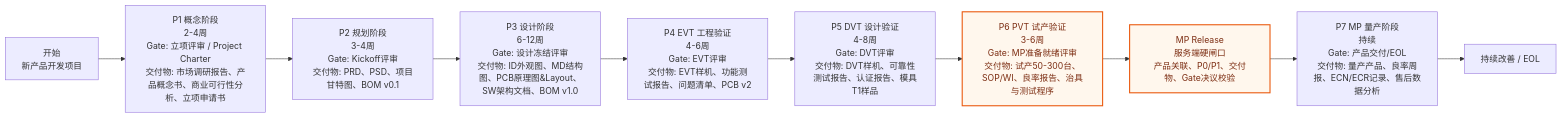
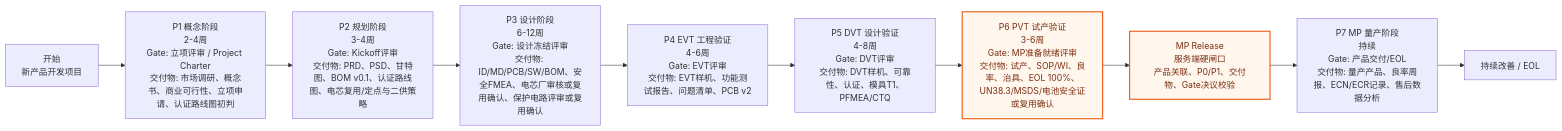
One commit to RealHanweiHu/ce-project-hub changed the second of 7 diagrams in docs/design/current-sop-flowcharts.md. Above: the diagram before and after it, drawn with Mermaid. The commit also changed other lines of this file and 2 other files, not shown here.

First line of the commit message:
docs: SOP 设计文档 + 多用户评审报告

````diff
--- a/docs/design/current-sop-flowcharts.md
+++ b/docs/design/current-sop-flowcharts.md
@@ -33,15 +37,15 @@
 ```mermaid
 flowchart LR
-  N0["开始<br/>新产品开发项目"] --> N1["P1 概念阶段<br/>2-4周<br/>Gate: 立项评审 / Project Charter<br/>交付物: 市场调研报告、产品概念书、商业可行性分析、立项申请书"]
-  N1 --> N2["P2 规划阶段<br/>3-4周<br/>Gate: Kickoff评审<br/>交付物: PRD、PSD、项目甘特图、BOM v0.1"]
-  N2 --> N3["P3 设计阶段<br/>6-12周<br/>Gate: 设计冻结评审<br/>交付物: ID外观图、MD结构图、PCB原理图&Layout、SW架构文档、BOM v1.0"]
+  N0["开始<br/>新产品开发项目"] --> N1["P1 概念阶段<br/>2-4周<br/>Gate: 立项评审 / Project Charter<br/>交付物: 市场调研、概念书、商业可行性、立项申请、认证路线图初判"]
+  N1 --> N2["P2 规划阶段<br/>3-4周<br/>Gate: Kickoff评审<br/>交付物: PRD、PSD、甘特图、BOM v0.1、认证路线图、电芯复用/定点与二供策略"]
+  N2 --> N3["P3 设计阶段<br/>6-12周<br/>Gate: 设计冻结评审<br/>交付物: ID/MD/PCB/SW/BOM、安全FMEA、电芯厂审核或复用确认、保护电路评审或复用确认"]
   N3 --> N4["P4 EVT 工程验证<br/>4-6周<br/>Gate: EVT评审<br/>交付物: EVT样机、功能测试报告、问题清单、PCB v2"]
-  N4 --> N5["P5 DVT 设计验证<br/>4-8周<br/>Gate: DVT评审<br/>交付物: DVT样机、可靠性测试报告、认证报告、模具T1样品"]
-  N5 --> N6["P6 PVT 试产验证<br/>3-6周<br/>Gate: MP准备就绪评审<br/>交付物: 试产50-300台、SOP/WI、良率报告、治具与测试程序"]
+  N4 --> N5["P5 DVT 设计验证<br/>4-8周<br/>Gate: DVT评审<br/>交付物: DVT样机、可靠性、认证、模具T1、PFMEA/CTQ"]
+  N5 --> N6["P6 PVT 试产验证<br/>3-6周<br/>Gate: MP准备就绪评审<br/>交付物: 试产、SOP/WI、良率、治具、EOL 100%、UN38.3/MSDS/电池安全证或复用确认"]
   N6 --> NRelease["MP Release<br/>服务端硬闸口<br/>产品关联、P0/P1、交付物、Gate决议校验"]
   NRelease --> N7["P7 MP 量产阶段<br/>持续<br/>Gate: 产品交付/EOL<br/>交付物: 量产产品、良率周报、ECN/ECR记录、售后数据分析"]
   N7 --> NEnd["持续改善 / EOL"]
 
   classDef release fill:#fff7ed,stroke:#ea580c,color:#7c2d12,stroke-width:2px;
   class N6,NRelease release;
 ```
````
